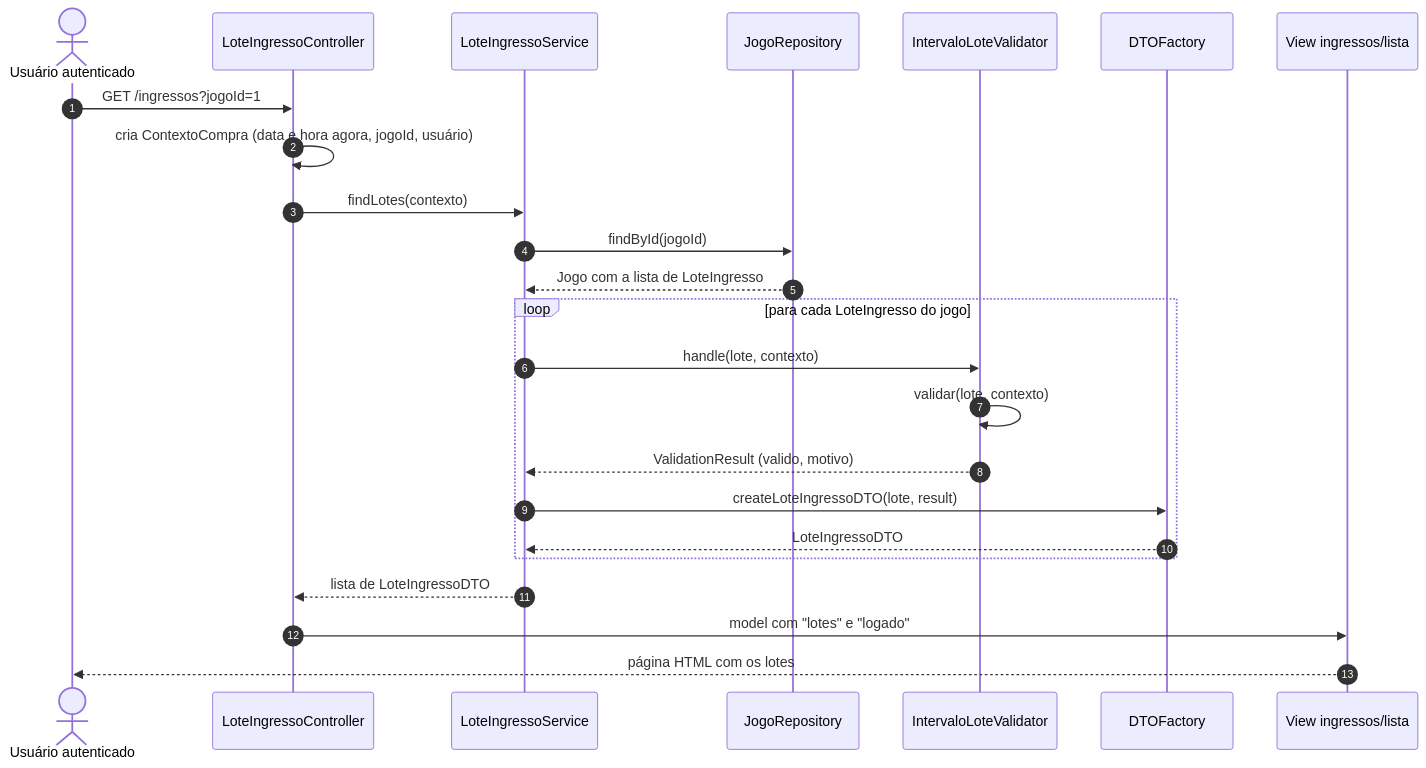
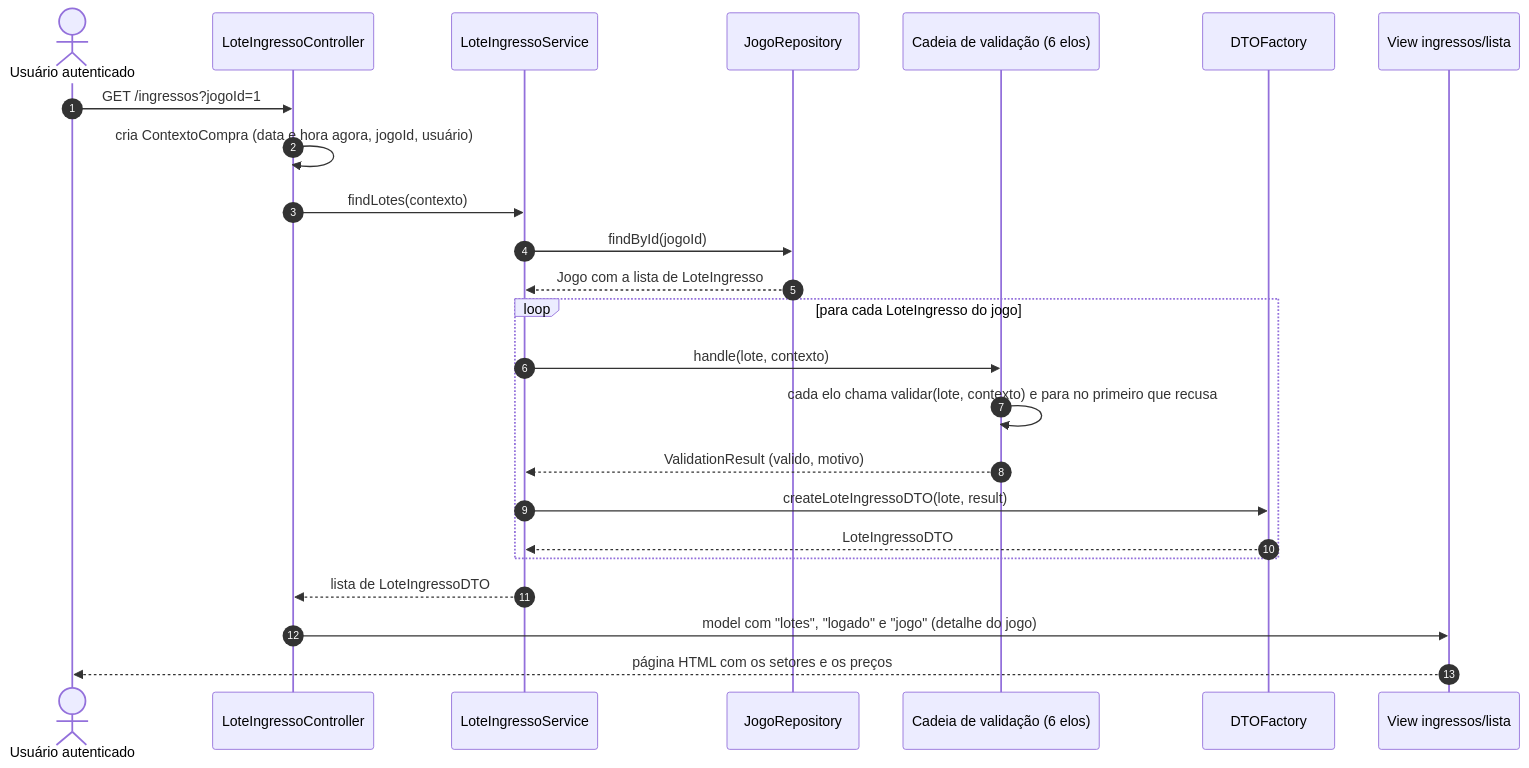
Before and after one commit to OlavoAppel/LPOO-Gestao-Socio-Torcedores: the diagram in docs/diagramas/sequencia-lotes-pt.mmd, drawn with Mermaid. The commit also changed 11 other files, not shown here.

```diff
--- a/docs/diagramas/sequencia-lotes-pt.mmd
+++ b/docs/diagramas/sequencia-lotes-pt.mmd
@@ -1,24 +1,24 @@
 sequenceDiagram
 autonumber
 actor U as Usuário autenticado
 participant C as LoteIngressoController
 participant S as LoteIngressoService
 participant R as JogoRepository
-participant H as IntervaloLoteValidator
+participant H as Cadeia de validação (6 elos)
 participant F as DTOFactory
 participant V as View ingressos/lista
 U->>C: GET /ingressos?jogoId=1
 C->>C: cria ContextoCompra (data e hora agora, jogoId, usuário)
 C->>S: findLotes(contexto)
 S->>R: findById(jogoId)
 R-->>S: Jogo com a lista de LoteIngresso
 loop para cada LoteIngresso do jogo
   S->>H: handle(lote, contexto)
-  H->>H: validar(lote, contexto)
+  H->>H: cada elo chama validar(lote, contexto) e para no primeiro que recusa
   H-->>S: ValidationResult (valido, motivo)
   S->>F: createLoteIngressoDTO(lote, result)
   F-->>S: LoteIngressoDTO
 end
 S-->>C: lista de LoteIngressoDTO
-C->>V: model com "lotes" e "logado"
-V-->>U: página HTML com os lotes
+C->>V: model com "lotes", "logado" e "jogo" (detalhe do jogo)
+V-->>U: página HTML com os setores e os preços
```
